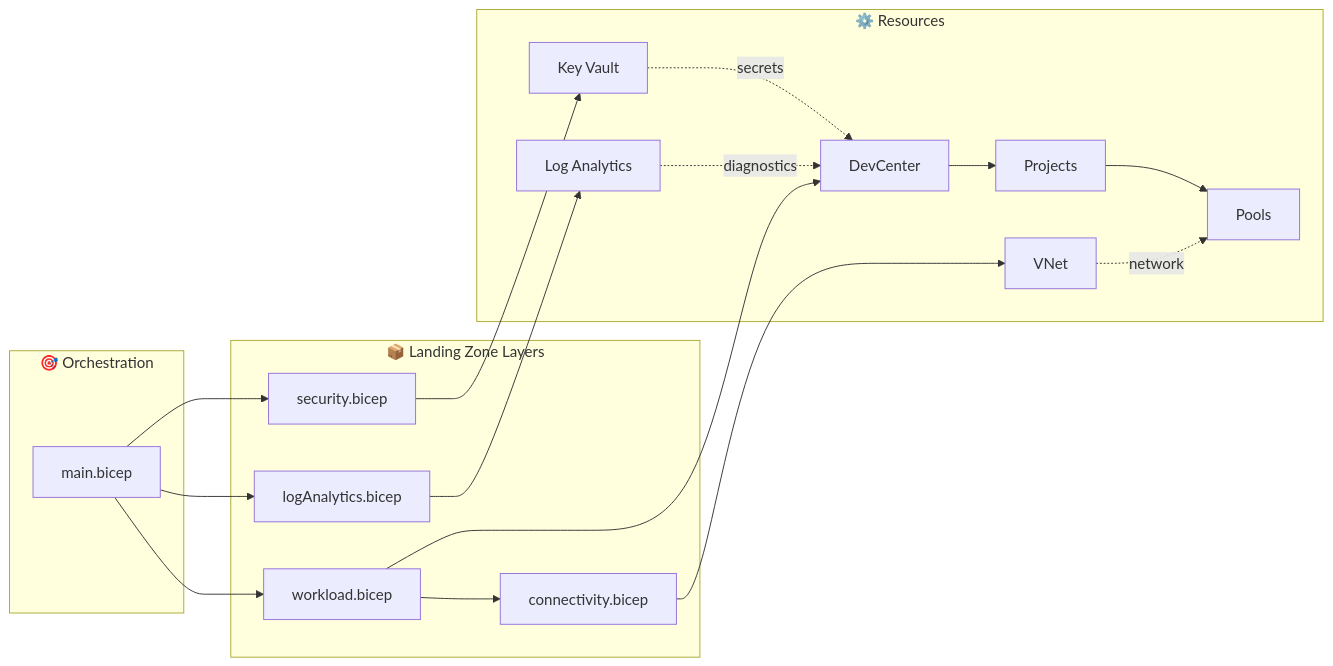
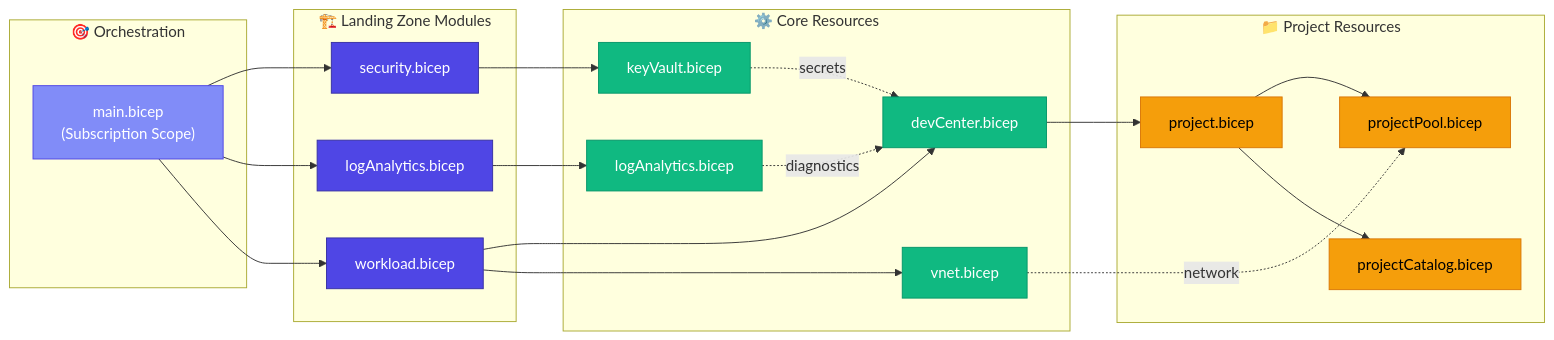
One commit to Evilazaro/DevExp-DevBox changed the second of 3 diagrams in README.md. Above: the diagram before and after it, drawn with Mermaid. The commit also changed other lines of this file, not shown here.

Commit message:
docs: enhance architecture documentation with detailed landing zone overview and improved CI/CD pipeline descriptions

````diff
--- a/README.md
+++ b/README.md
@@ -125,31 +136,46 @@
 ```mermaid
 flowchart LR
     subgraph Orchestration["🎯 Orchestration"]
-        MAIN["main.bicep"]
+        MAIN["main.bicep<br/>(Subscription Scope)"]
     end
     
-    subgraph Layers["📦 Landing Zone Layers"]
+    subgraph LandingZones["🏗️ Landing Zone Modules"]
         SEC["security.bicep"]
         MON["logAnalytics.bicep"]
         WL["workload.bicep"]
-        CONN["connectivity.bicep"]
     end
     
-    subgraph Resources["⚙️ Resources"]
-        KV["Key Vault"]
-        LA["Log Analytics"]
-        DC["DevCenter"]
-        PROJ["Projects"]
-        POOL["Pools"]
-        VNET["VNet"]
+    subgraph CoreResources["⚙️ Core Resources"]
+        KV["keyVault.bicep"]
+        LA["logAnalytics.bicep"]
+        DC["devCenter.bicep"]
+        VNET["vnet.bicep"]
     end
     
-    MAIN --> SEC --> KV
-    MAIN --> MON --> LA
-    MAIN --> WL --> DC --> PROJ --> POOL
-    WL --> CONN --> VNET
+    subgraph ProjectResources["📁 Project Resources"]
+        PROJ["project.bicep"]
+        POOL["projectPool.bicep"]
+        PCAT["projectCatalog.bicep"]
+    end
     
-    KV -.->|secrets| DC
-    LA -.->|diagnostics| DC
-    VNET -.->|network| POOL
+    MAIN --> SEC & MON & WL
+    SEC --> KV
+    MON --> LA
+    WL --> DC & VNET
+    DC --> PROJ
+    PROJ --> POOL & PCAT
+    
+    KV -.->|"secrets"| DC
+    LA -.->|"diagnostics"| DC
+    VNET -.->|"network"| POOL
+    
+    classDef orch fill:#818CF8,stroke:#4F46E5,color:#FFFFFF
+    classDef lz fill:#4F46E5,stroke:#3730A3,color:#FFFFFF
+    classDef core fill:#10B981,stroke:#059669,color:#FFFFFF
+    classDef proj fill:#F59E0B,stroke:#D97706,color:#000000
+    
+    class MAIN orch
+    class SEC,MON,WL lz
+    class KV,LA,DC,VNET core
+    class PROJ,POOL,PCAT proj
 ```
````
